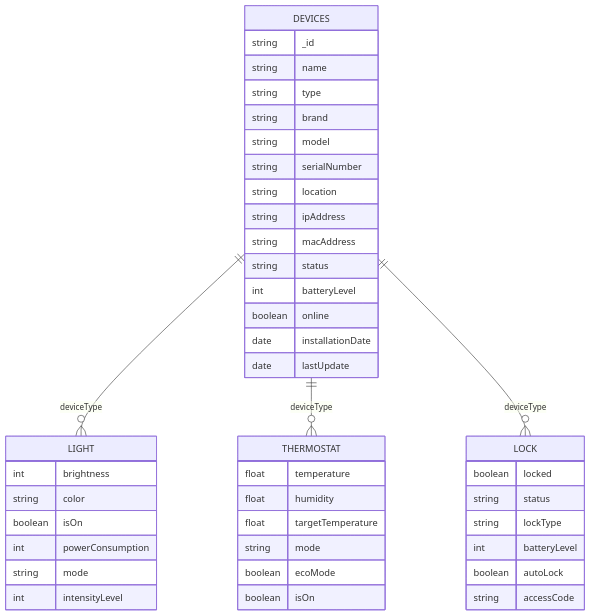
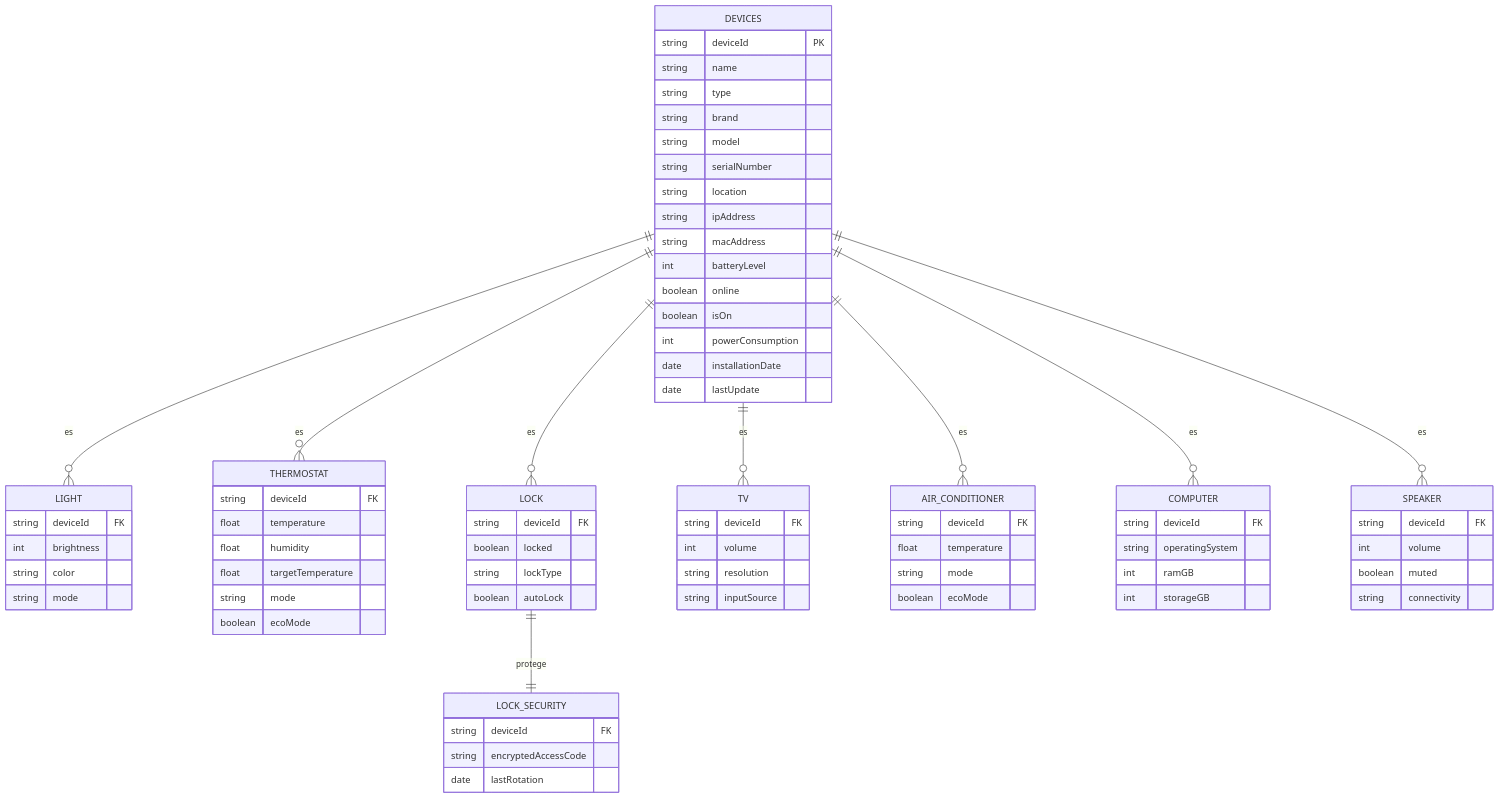
Before and after one commit to montalvocanojacquelinem3s2-cyber/CBTis47_log_dispositivoss_m3s2: the diagram in docs/schema.mmd, drawn with Mermaid.

Commit message:
Update device schema with new device types and fields

```diff
--- a/docs/schema.mmd
+++ b/docs/schema.mmd
@@ -1,49 +1,85 @@
 erDiagram
 
     DEVICES {
-        string _id
+        string deviceId PK
         string name
         string type
         string brand
         string model
         string serialNumber
         string location
         string ipAddress
         string macAddress
-        string status
         int batteryLevel
         boolean online
+        boolean isOn
+        int powerConsumption
         date installationDate
         date lastUpdate
     }
 
     LIGHT {
+        string deviceId FK
         int brightness
         string color
-        boolean isOn
-        int powerConsumption
         string mode
-        int intensityLevel
     }
 
     THERMOSTAT {
+        string deviceId FK
         float temperature
         float humidity
         float targetTemperature
         string mode
         boolean ecoMode
-        boolean isOn
     }
 
     LOCK {
+        string deviceId FK
         boolean locked
-        string status
         string lockType
-        int batteryLevel
         boolean autoLock
-        string accessCode
     }
 
-    DEVICES ||--o{ LIGHT : deviceType
-    DEVICES ||--o{ THERMOSTAT : deviceType
-    DEVICES ||--o{ LOCK : deviceType
+    LOCK_SECURITY {
+        string deviceId FK
+        string encryptedAccessCode
+        date lastRotation
+    }
+
+    TV {
+        string deviceId FK
+        int volume
+        string resolution
+        string inputSource
+    }
+
+    AIR_CONDITIONER {
+        string deviceId FK
+        float temperature
+        string mode
+        boolean ecoMode
+    }
+
+    COMPUTER {
+        string deviceId FK
+        string operatingSystem
+        int ramGB
+        int storageGB
+    }
+
+    SPEAKER {
+        string deviceId FK
+        int volume
+        boolean muted
+        string connectivity
+    }
+
+    DEVICES ||--o{ LIGHT : es
+    DEVICES ||--o{ THERMOSTAT : es
+    DEVICES ||--o{ LOCK : es
+    DEVICES ||--o{ TV : es
+    DEVICES ||--o{ AIR_CONDITIONER : es
+    DEVICES ||--o{ COMPUTER : es
+    DEVICES ||--o{ SPEAKER : es
+    LOCK ||--|| LOCK_SECURITY : protege
```
